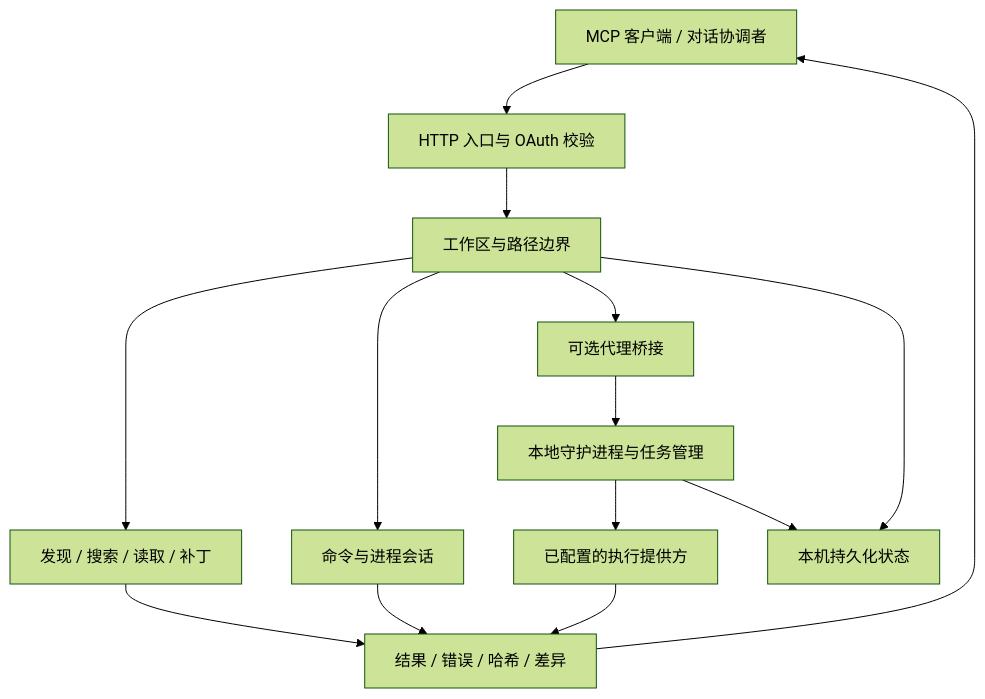
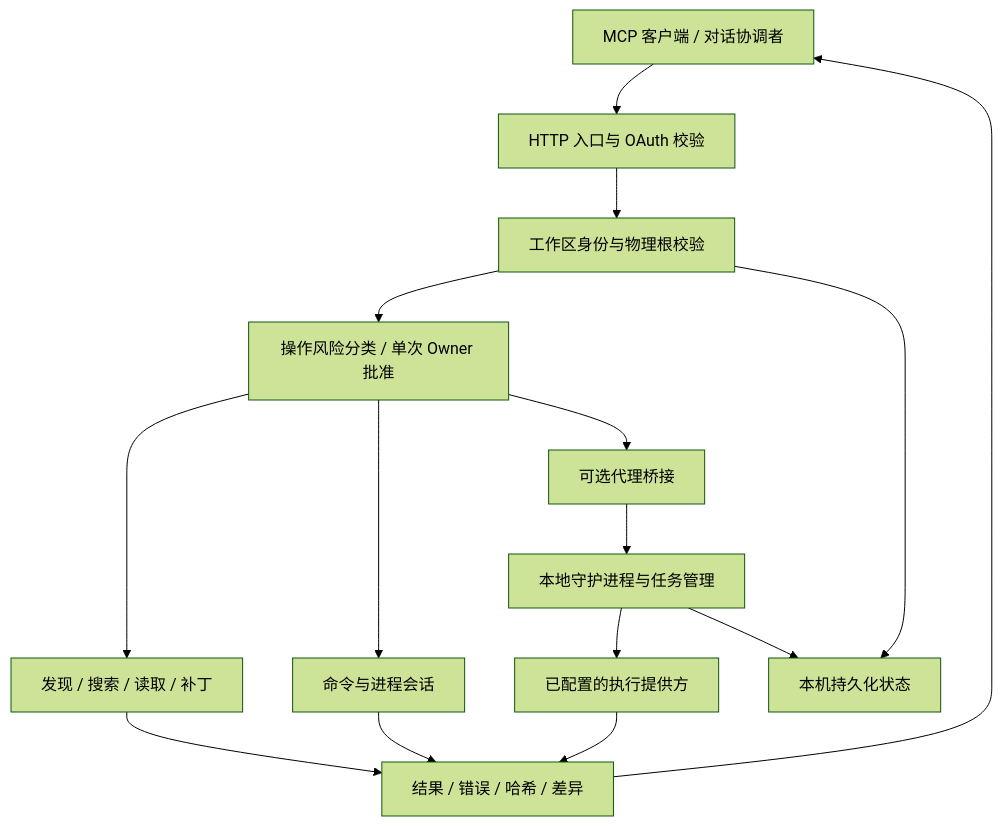
Before and after one commit to lwher200-arch/devspace-personal: the diagram in README.md, drawn with Mermaid (forest theme). The commit also changed other lines of this file and 31 other files, not shown here.

````diff
--- a/README.md
+++ b/README.md
@@ -72,16 +82,17 @@
 ```mermaid
 flowchart TD
     Client["MCP 客户端 / 对话协调者"] --> Entry["HTTP 入口与 OAuth 校验"]
-    Entry --> Workspace["工作区与路径边界"]
-    Workspace --> Files["发现 / 搜索 / 读取 / 补丁"]
-    Workspace --> Commands["命令与进程会话"]
-    Workspace --> Bridge["可选代理桥接"]
+    Entry --> Workspace["工作区身份与物理根校验"]
+    Workspace --> Policy["操作风险分类 / 单次 Owner 批准"]
+    Policy --> Files["发现 / 搜索 / 读取 / 补丁"]
+    Policy --> Commands["命令与进程会话"]
+    Policy --> Bridge["可选代理桥接"]
     Bridge --> Daemon["本地守护进程与任务管理"]
     Daemon --> Provider["已配置的执行提供方"]
     Workspace --> State["本机持久化状态"]
     Daemon --> State
     Files --> Result["结果 / 错误 / 哈希 / 差异"]
     Commands --> Result
     Provider --> Result
     Result --> Client
 ```
````
